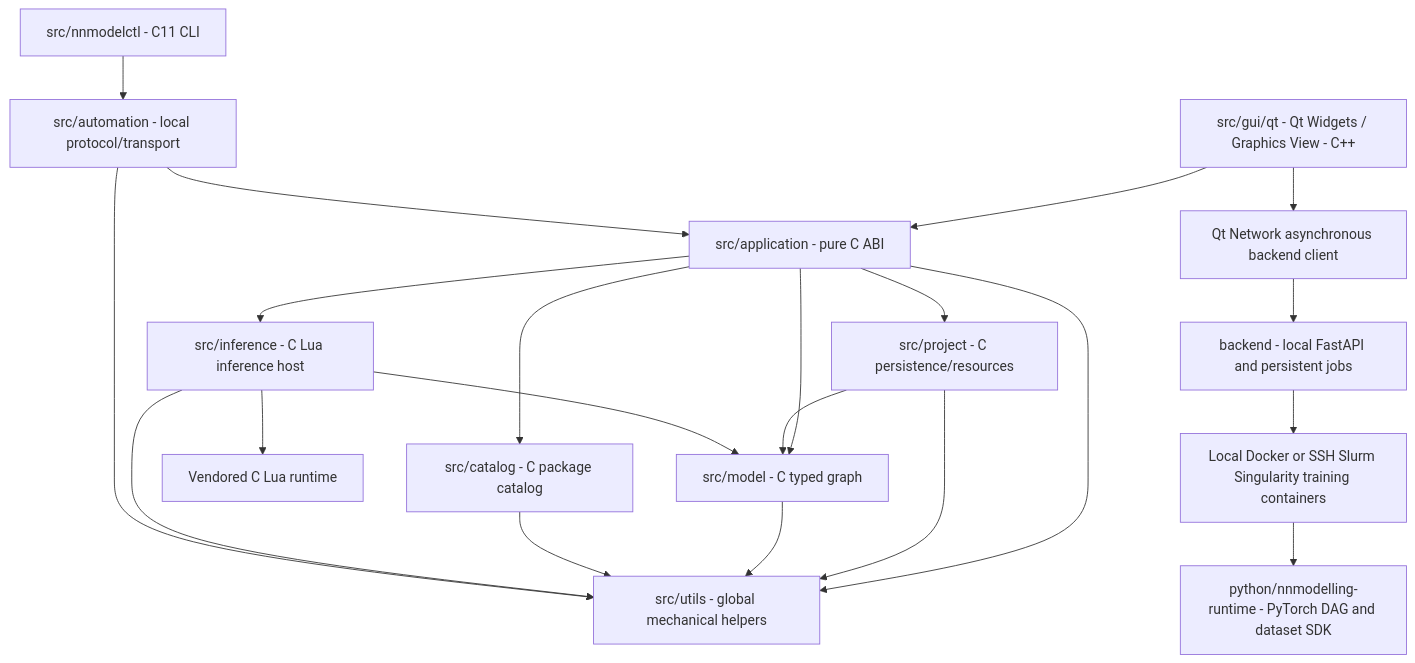
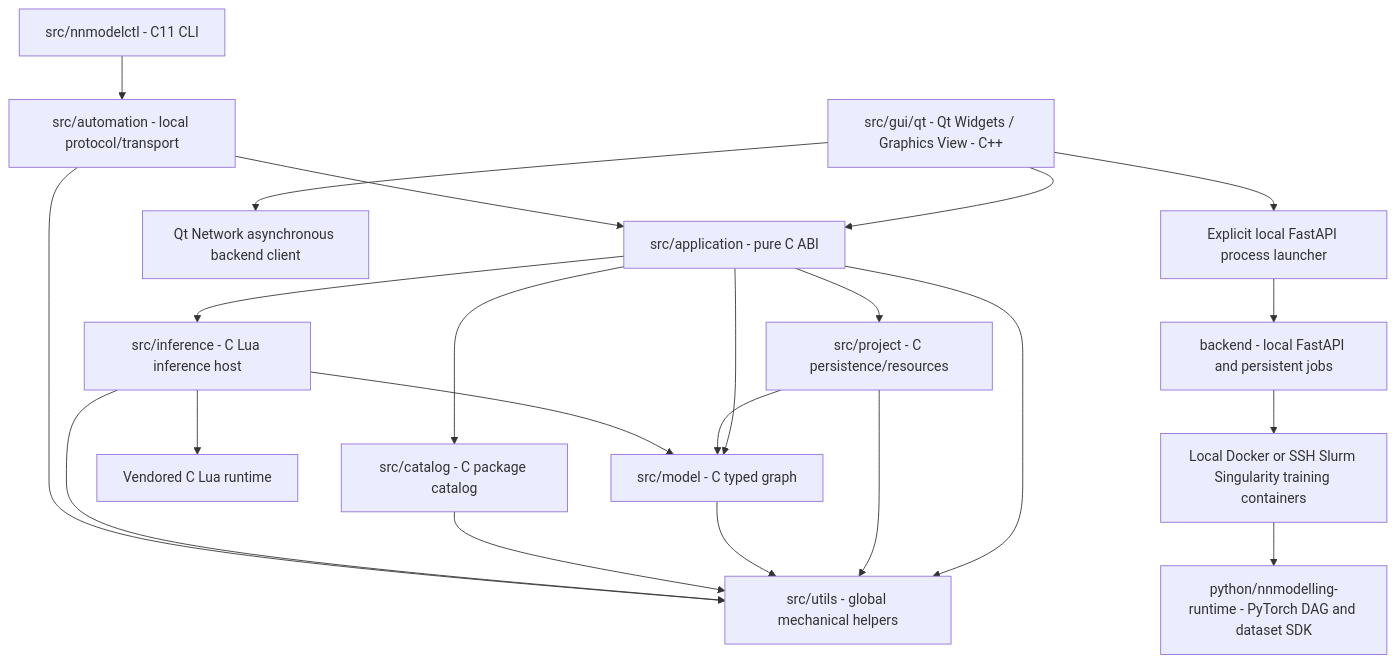
One commit to LucaSforza/nnmodelling-ui changed the diagram in docs/knowledge/architecture/overview.md. Above: the diagram before and after it, drawn with Mermaid. The commit also changed 15 other files, not shown here.

Commit message:
feat: configure local Slurm backend in UI

````diff
--- a/docs/knowledge/architecture/overview.md
+++ b/docs/knowledge/architecture/overview.md
@@ -5,23 +5,24 @@
 ```mermaid
   flowchart TD
       GUI[src/gui/qt - Qt Widgets / Graphics View - C++] --> API[src/application - pure C ABI]
       CLI[src/nnmodelctl - C11 CLI] --> IPC[src/automation - local protocol/transport]
       IPC --> API
       API --> Project[src/project - C persistence/resources]
       API --> Model[src/model - C typed graph]
       API --> Catalog[src/catalog - C package catalog]
       API --> Inference[src/inference - C Lua inference host]
       Project --> Model
       Inference --> Model
       Inference --> Lua[Vendored C Lua runtime]
       API --> Utils[src/utils - global mechanical helpers]
       Project --> Utils
       Model --> Utils
       Catalog --> Utils
       Inference --> Utils
       IPC --> Utils
       GUI --> HTTP[Qt Network asynchronous backend client]
-      HTTP --> Backend[backend - local FastAPI and persistent jobs]
+      GUI --> Launch[Explicit local FastAPI process launcher]
+      Launch --> Backend[backend - local FastAPI and persistent jobs]
       Backend --> Container[Local Docker or SSH Slurm Singularity training containers]
       Container --> Python[python/nnmodelling-runtime - PyTorch DAG and dataset SDK]
 ```
````
